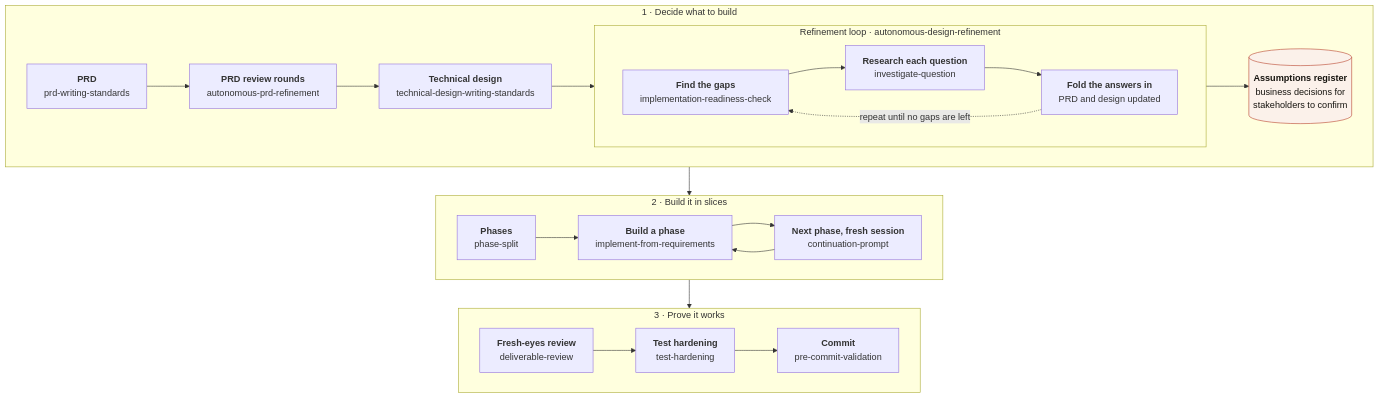
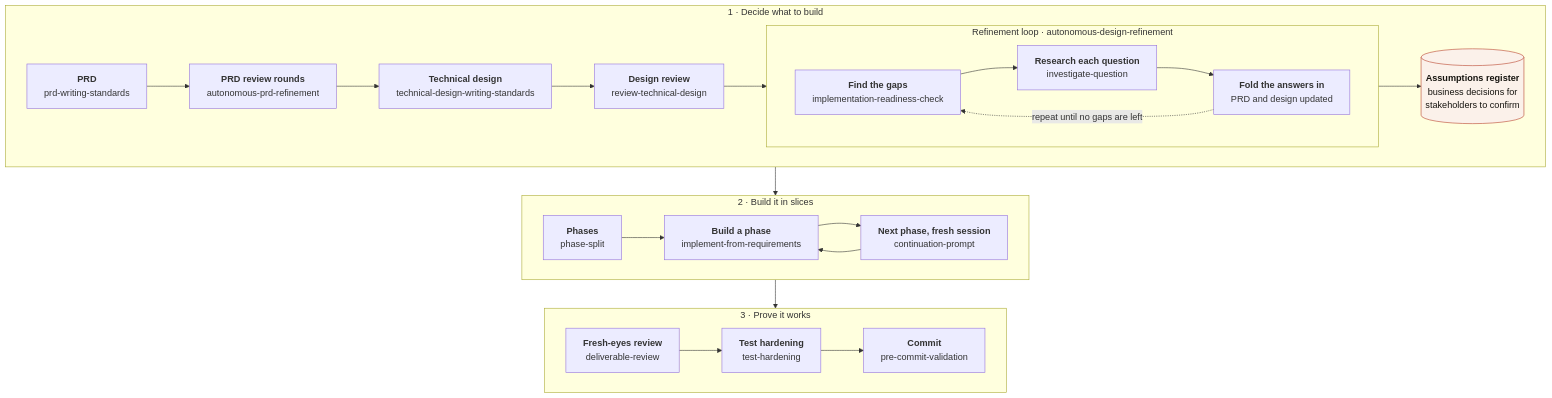
The diagram in README.md (EnsoDynamics/enso-method), drawn with Mermaid before and after one commit. The commit also changed other lines of this file and 15 other files, not shown here.

First line of the commit message:
feat(review-technical-design): revise the design in place; reviews recommended; requirements skills commit

````diff
--- a/README.md
+++ b/README.md
@@ -68,30 +71,31 @@
 ```mermaid
 %%{init: {"flowchart": {"wrappingWidth": 280}}}%%
 flowchart TD
   subgraph decide["1 · Decide what to build"]
     direction LR
     prd["<b>PRD</b><br/>prd-writing-standards"] --> prdref["<b>PRD review rounds</b><br/>autonomous-prd-refinement"]
     prdref --> design["<b>Technical design</b><br/>technical-design-writing-standards"]
+    design --> dreview["<b>Design review</b><br/>review-technical-design"]
     subgraph refine["Refinement loop · autonomous-design-refinement"]
       direction LR
       gaps["<b>Find the gaps</b><br/>implementation-readiness-check"] --> research["<b>Research each question</b><br/>investigate-question"]
       research --> fold["<b>Fold the answers in</b><br/>PRD and design updated"]
       fold -. "repeat until no gaps are left" .-> gaps
     end
-    design --> gaps
+    dreview --> gaps
     fold --> assumptions[("<b>Assumptions register</b><br/>business decisions for<br/>stakeholders to confirm")]
   end
   subgraph build["2 · Build it in slices"]
     direction LR
     split["<b>Phases</b><br/>phase-split"] --> impl["<b>Build a phase</b><br/>implement-from-requirements"]
     impl --> next["<b>Next phase, fresh session</b><br/>continuation-prompt"]
     next --> impl
   end
   subgraph prove["3 · Prove it works"]
     direction LR
     dr["<b>Fresh-eyes review</b><br/>deliverable-review"] --> th["<b>Test hardening</b><br/>test-hardening"] --> pc["<b>Commit</b><br/>pre-commit-validation"]
   end
   decide --> build --> prove
   classDef doc fill:#fbf1ea,stroke:#b63e28,color:#16140f
   class assumptions doc
 ```
````
